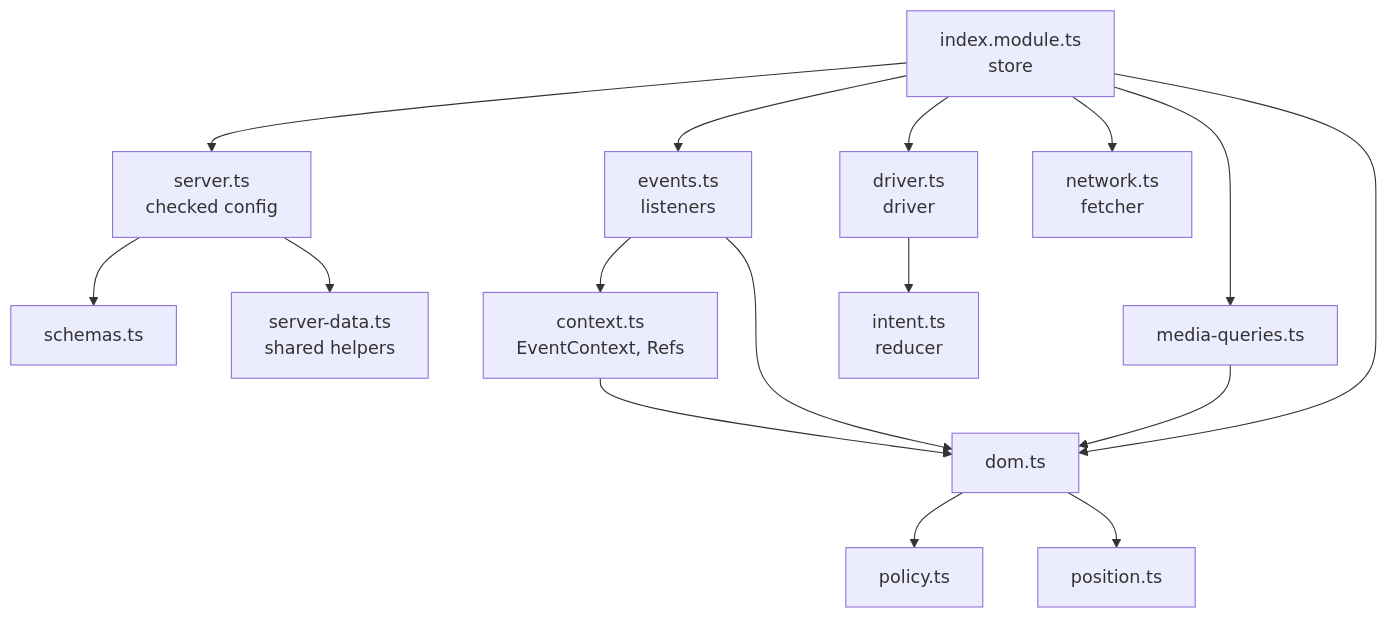
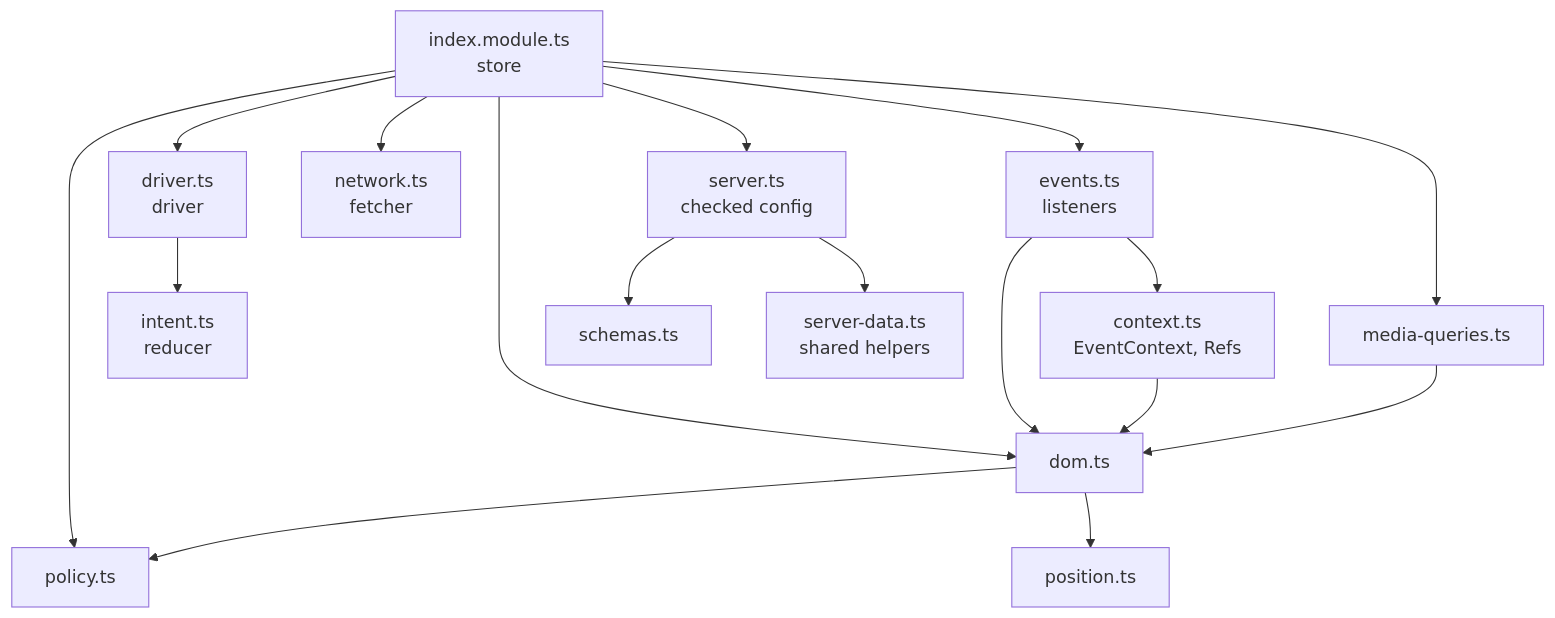
The first of 4 diagrams in docs/modules/client/preview.md (Spaghetti-Dojo/rinkukado), drawn with Mermaid before and after one commit. The commit also changed other lines of this file and 8 other files, not shown here.

````diff
--- a/docs/modules/client/preview.md
+++ b/docs/modules/client/preview.md
@@ -46,32 +46,33 @@
 ```mermaid
 flowchart TD
     index["index.module.ts<br/>store"]
     events["events.ts<br/>listeners"]
     context["context.ts<br/>EventContext, Refs"]
     driver["driver.ts<br/>driver"]
     intent["intent.ts<br/>reducer"]
     network["network.ts<br/>fetcher"]
     mq["media-queries.ts"]
     dom["dom.ts"]
     policy["policy.ts"]
     position["position.ts"]
     server["server.ts<br/>checked config"]
     schemas["schemas.ts"]
     helpers["server-data.ts<br/>shared helpers"]
 
     index --> server
     server --> schemas
     server --> helpers
     index --> events
     index --> driver
     index --> network
     index --> mq
     index --> dom
+    index --> policy
     events --> context
     events --> dom
     context --> dom
     driver --> intent
     mq --> dom
     dom --> policy
     dom --> position
 ```
````
